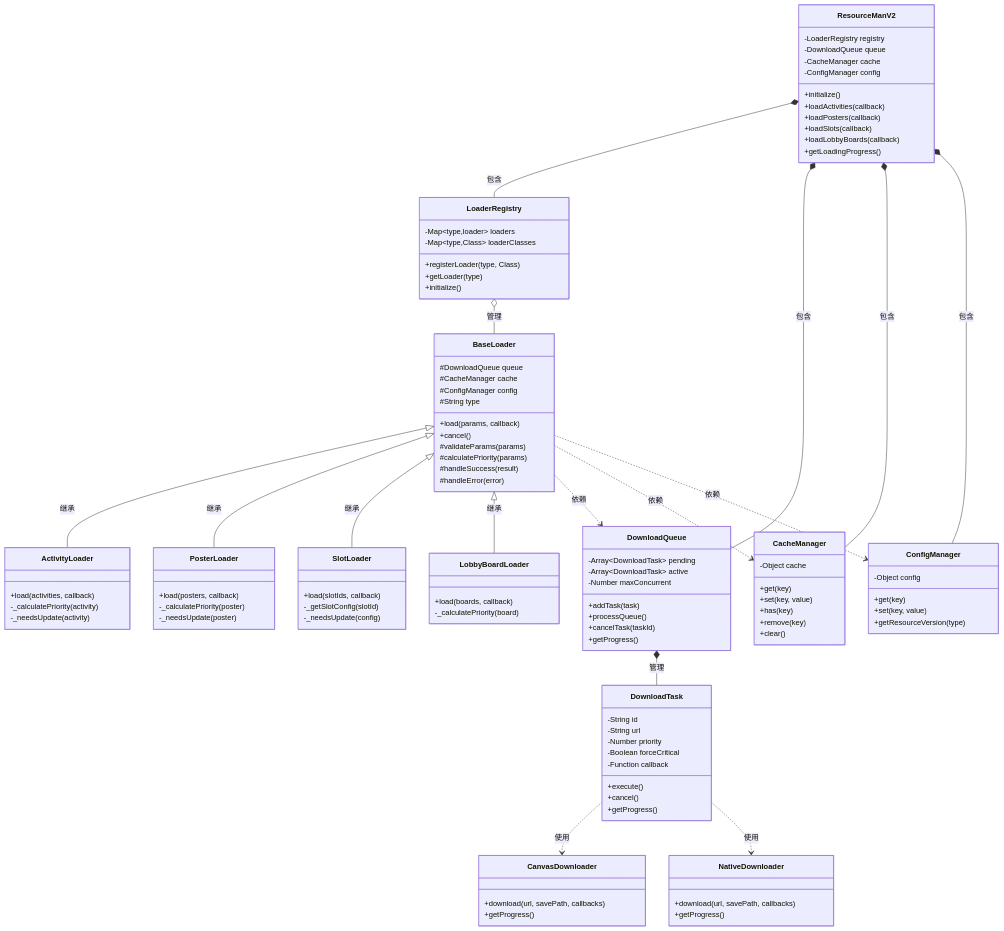
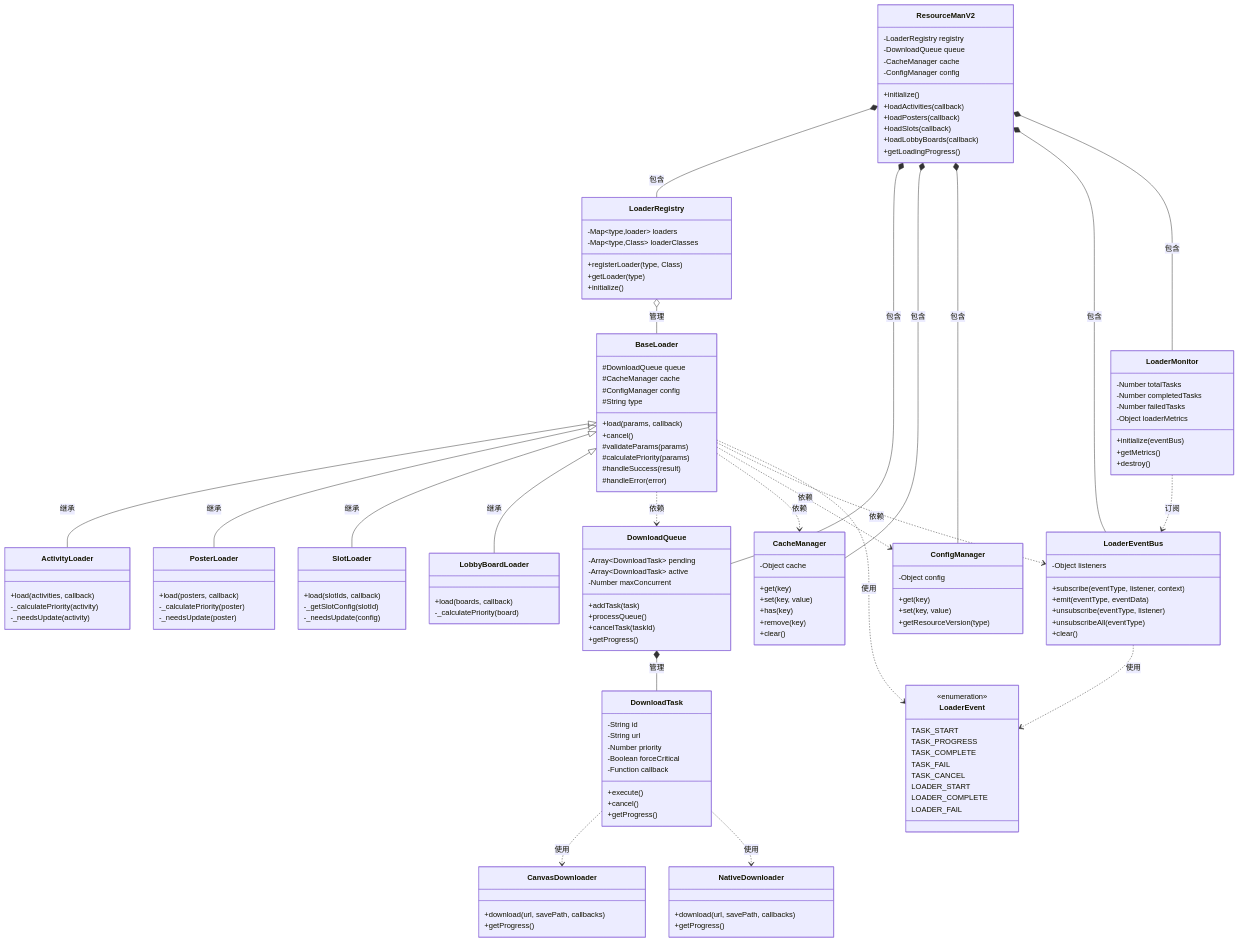
The first of 3 diagrams in 工程-工具/ResourceManV2-技术架构报告.md (zhaoheng666/WTC-Docs), drawn with Mermaid before and after one commit. The commit also changed other lines of this file, not shown here.

Commit message:
docs: 添加 LoadingProgressIndicatorController 超时关闭按钮功能说明

````diff
--- a/工程-工具/ResourceManV2-技术架构报告.md
+++ b/工程-工具/ResourceManV2-技术架构报告.md
@@ -148,6 +148,38 @@
         +getResourceVersion(type)
     }
 
+    %% 事件监控组件
+    class LoaderEventBus {
+        -Object listeners
+        +subscribe(eventType, listener, context)
+        +emit(eventType, eventData)
+        +unsubscribe(eventType, listener)
+        +unsubscribeAll(eventType)
+        +clear()
+    }
+
+    class LoaderMonitor {
+        -Number totalTasks
+        -Number completedTasks
+        -Number failedTasks
+        -Object loaderMetrics
+        +initialize(eventBus)
+        +getMetrics()
+        +destroy()
+    }
+
+    class LoaderEvent {
+        <<enumeration>>
+        TASK_START
+        TASK_PROGRESS
+        TASK_COMPLETE
+        TASK_FAIL
+        TASK_CANCEL
+        LOADER_START
+        LOADER_COMPLETE
+        LOADER_FAIL
+    }
+
     %% 下载适配器
     class CanvasDownloader {
         +download(url, savePath, callbacks)
@@ -164,6 +196,8 @@
     ResourceManV2 *-- DownloadQueue : 包含
     ResourceManV2 *-- CacheManager : 包含
     ResourceManV2 *-- ConfigManager : 包含
+    ResourceManV2 *-- LoaderEventBus : 包含
+    ResourceManV2 *-- LoaderMonitor : 包含
 
     LoaderRegistry o-- BaseLoader : 管理
 
@@ -175,9 +209,14 @@
     BaseLoader ..> DownloadQueue : 依赖
     BaseLoader ..> CacheManager : 依赖
     BaseLoader ..> ConfigManager : 依赖
+    BaseLoader ..> LoaderEventBus : 依赖
 
     DownloadQueue *-- DownloadTask : 管理
 
     DownloadTask ..> CanvasDownloader : 使用
     DownloadTask ..> NativeDownloader : 使用
+
+    LoaderMonitor ..> LoaderEventBus : 订阅
+    LoaderEventBus ..> LoaderEvent : 使用
+    BaseLoader ..> LoaderEvent : 使用
 ```
````
